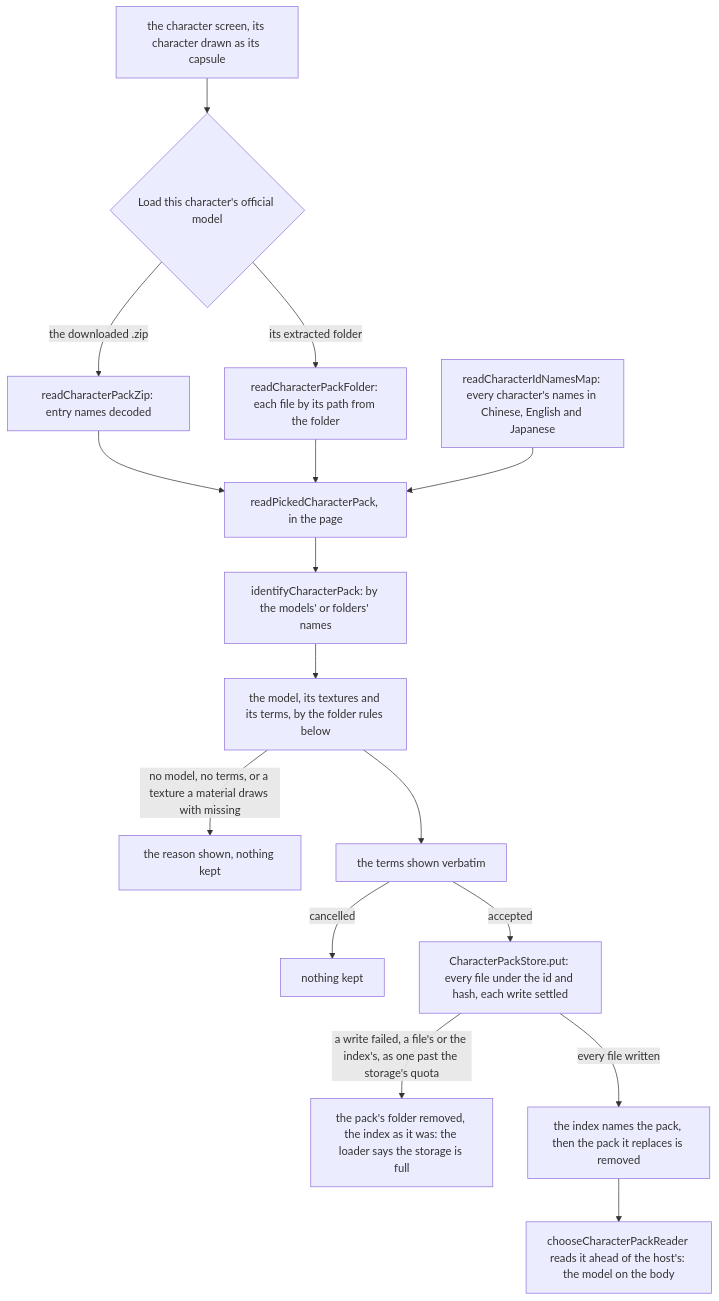
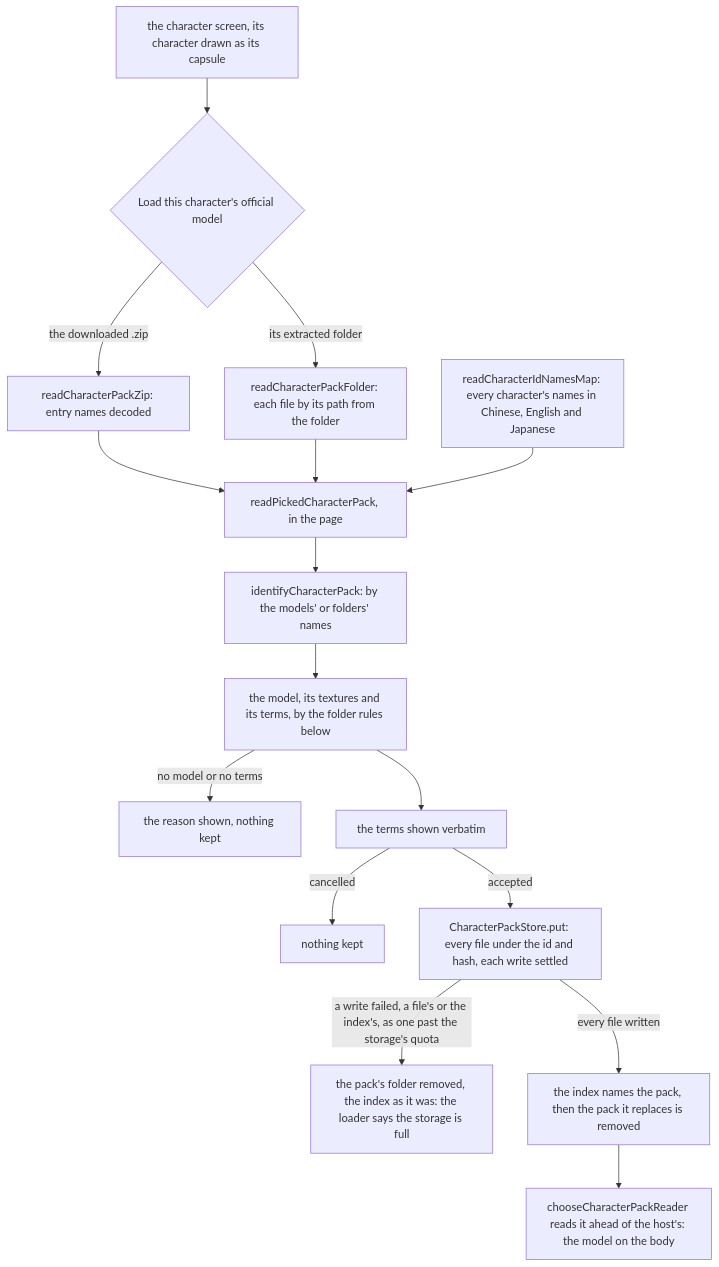
Before and after one commit to Esposter/Esposter: the diagram in apps/web/content/docs/genshin/characters/player-packs.md, drawn with Mermaid. The commit also changed other lines of this file and 6 other files, not shown here.

First line of the commit message:
feat(genshin-world): a texture the release lacks draws its material untextured and is logged once

````diff
--- a/apps/web/content/docs/genshin/characters/player-packs.md
+++ b/apps/web/content/docs/genshin/characters/player-packs.md
@@ -12,18 +12,18 @@
 ```mermaid
 flowchart TD
   OPEN["the character screen, its character drawn as its capsule"] --> PICK{"Load this character's official model"}
   PICK -->|"the downloaded .zip"| ZIP["readCharacterPackZip: entry names decoded"]
   PICK -->|"its extracted folder"| FOLDER["readCharacterPackFolder: each file by its path from the folder"]
   ZIP --> READ["readPickedCharacterPack, in the page"]
   FOLDER --> READ
   NAMES["readCharacterIdNamesMap: every character's names in Chinese, English and Japanese"] --> READ
   READ --> WHO["identifyCharacterPack: by the models' or folders' names"]
   WHO --> RULES["the model, its textures and its terms, by the folder rules below"]
-  RULES -->|"no model, no terms, or a texture a material draws with missing"| REFUSED["the reason shown, nothing kept"]
+  RULES -->|"no model or no terms"| REFUSED["the reason shown, nothing kept"]
   RULES --> TERMS["the terms shown verbatim"]
   TERMS -->|cancelled| DROPPED["nothing kept"]
   TERMS -->|accepted| PUT["CharacterPackStore.put: every file under the id and hash, each write settled"]
   PUT -->|"a write failed, a file's or the index's, as one past the storage's quota"| UNKEPT["the pack's folder removed, the index as it was: the loader says the storage is full"]
   PUT -->|"every file written"| INDEXED["the index names the pack, then the pack it replaces is removed"]
   INDEXED --> DRAW["chooseCharacterPackReader reads it ahead of the host's: the model on the body"]
 ```
````
